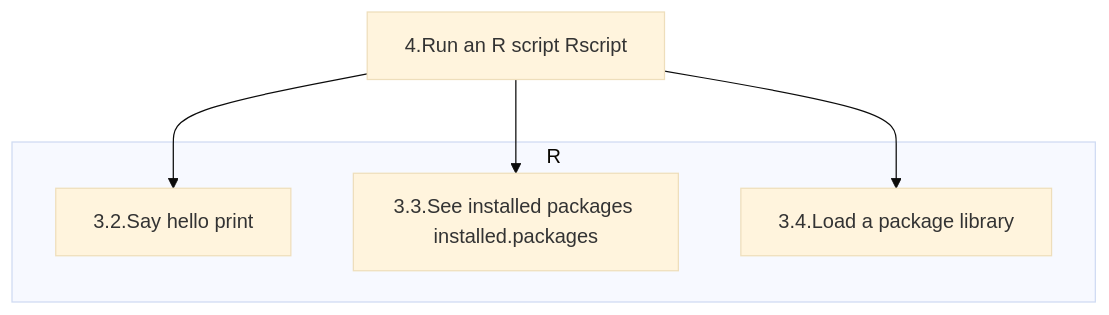
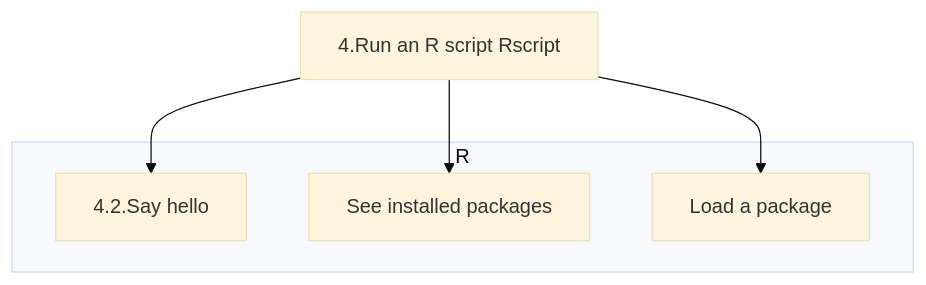
The diagram in docs/r/load_run_r_script.mmd (UPPMAX/R-python-julia-matlab-HPC), drawn with Mermaid (base theme) before and after one commit. The commit also changed 2 other files, not shown here.

Commit message:
Numbers in diagram match exercise again, no command in nodes, as this confuses more than it aids

```diff
--- a/docs/r/load_run_r_script.mmd
+++ b/docs/r/load_run_r_script.mmd
@@ -1,12 +1,12 @@
 flowchart TD
 
   subgraph R
-    say_hello[3.2.Say hello print]
-    see_installed_packages[3.3.See installed packages installed.packages]
-    load_package[3.4.Load a package library]
+    say_hello[4.2.Say hello]
+    see_installed_packages[See installed packages]
+    load_package[Load a package]
   end
   run_r_script[4.Run an R script Rscript]
 
   run_r_script --> say_hello
   run_r_script --> see_installed_packages
   run_r_script --> load_package
```
